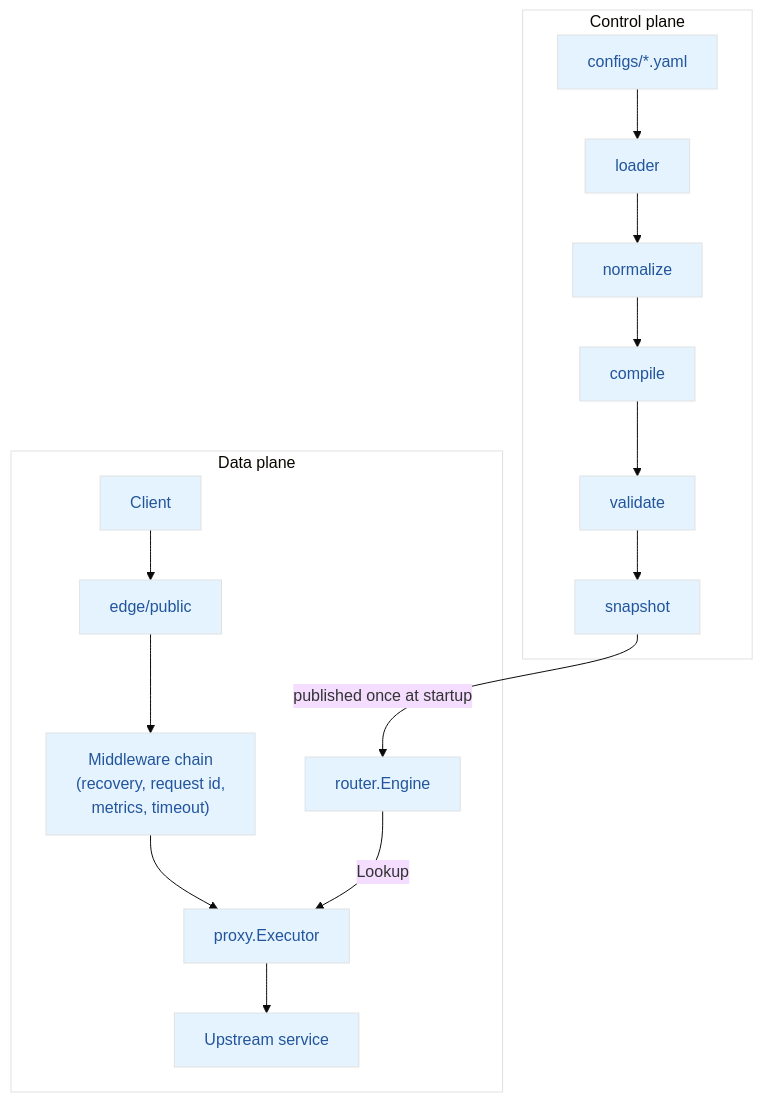
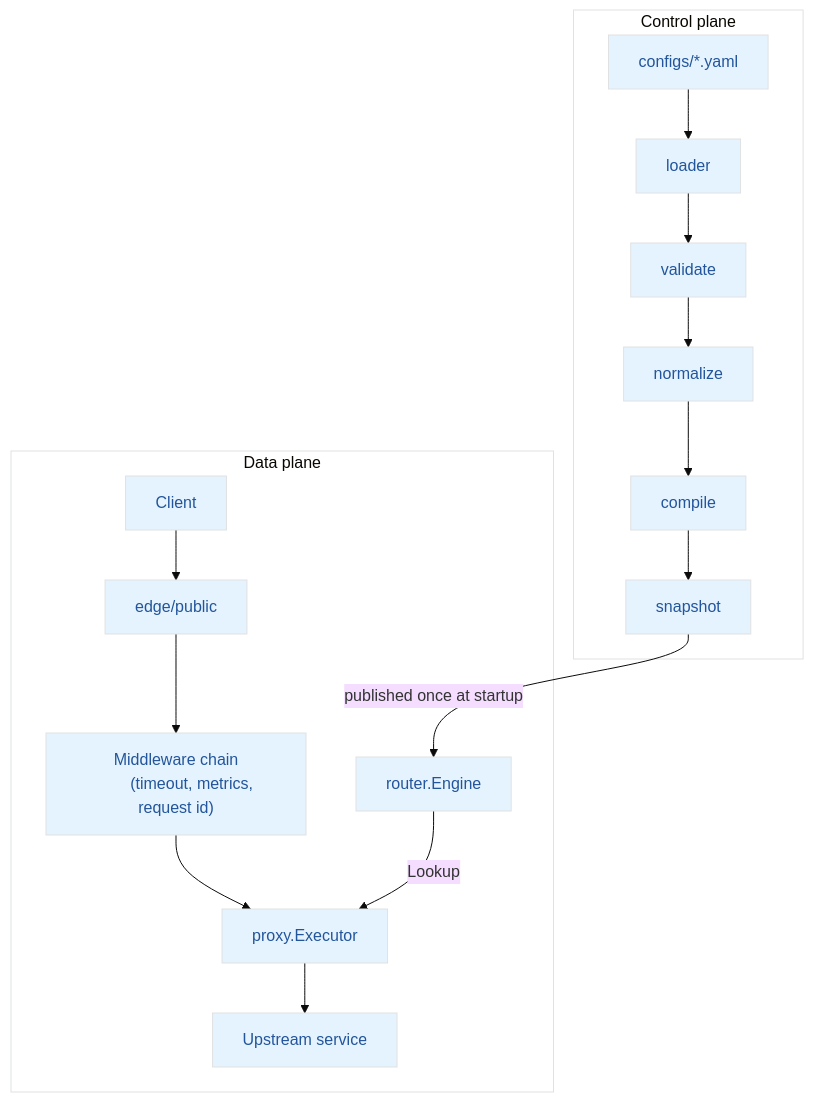
The first of 3 diagrams in ARCHITECTURE.md (HAL-X9/aegis), drawn with Mermaid before and after one commit. The commit also changed other lines of this file and 5 other files, not shown here.

````diff
--- a/ARCHITECTURE.md
+++ b/ARCHITECTURE.md
@@ -12,34 +12,33 @@
 ```mermaid
 %%{init: {'theme':'base'}}%%
 flowchart TB
     subgraph CP["Control plane"]
         CFG["configs/*.yaml"]
         LOADER["loader"]
         NORM["normalize"]
         COMPILE["compile"]
         VALID["validate"]
         SNAP["snapshot"]
 
-        CFG --> LOADER --> NORM --> COMPILE --> VALID --> SNAP
+        CFG --> LOADER --> VALID --> NORM --> COMPILE --> SNAP
     end
 
     subgraph DP["Data plane"]
         ENGINE["router.Engine"]
         CLIENT["Client"]
         EDGE["edge/public"]
         MW["Middleware chain
-        (recovery, request id,
-        metrics, timeout)"]
+        (timeout, metrics, request id)"]
         EXEC["proxy.Executor"]
         UP["Upstream service"]
 
         CLIENT --> EDGE --> MW --> EXEC --> UP
     end
 
     SNAP -->|published once at startup| ENGINE
     ENGINE -->|Lookup| EXEC
 
     classDef default fill:#e5f3ff,stroke:#e0e1e2,color:#22559b;
     style CP fill:#ffffff,stroke:#e0e1e2
     style DP fill:#ffffff,stroke:#e0e1e2
 ```
````
